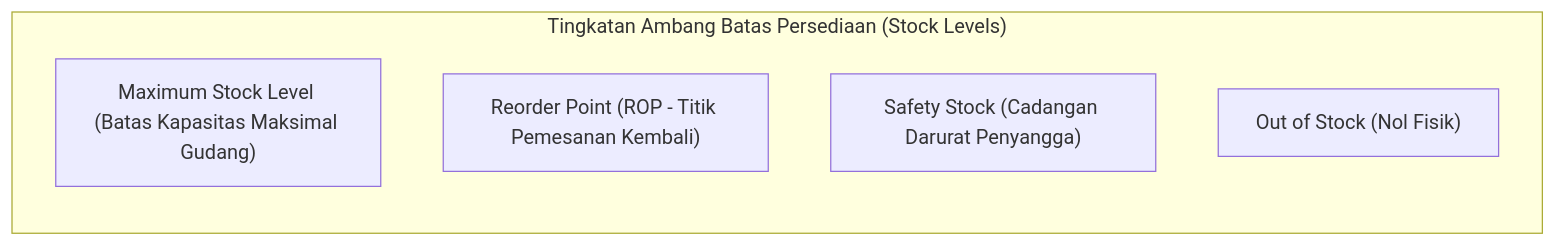
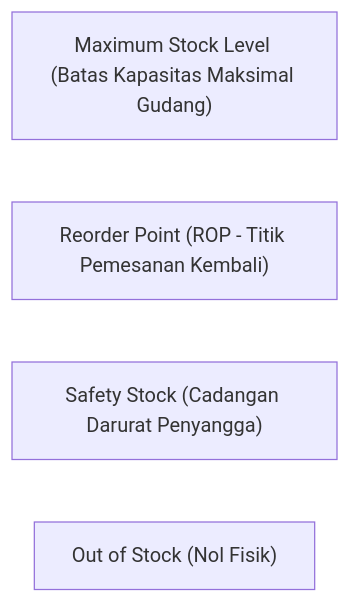
The second of 2 diagrams in content/05-inventory/replenishment-and-stock-planning.md (alimurrofid/erp-notes), drawn with Mermaid before and after one commit. The commit also changed 58 other files, not shown here.

Commit message:
fix(content):Mermaid Subgraph

````diff
--- a/content/05-inventory/replenishment-and-stock-planning.md
+++ b/content/05-inventory/replenishment-and-stock-planning.md
@@ -57,9 +57,7 @@
 ```mermaid
 flowchart LR
-    subgraph Levels["Tingkatan Ambang Batas Persediaan (Stock Levels)"]
         MaxS["Maximum Stock Level (Batas Kapasitas Maksimal Gudang)"]
         ROP["Reorder Point (ROP - Titik Pemesanan Kembali)"]
         SS["Safety Stock (Cadangan Darurat Penyangga)"]
         Zero["Out of Stock (Nol Fisik)"]
-    end
 ```
````
